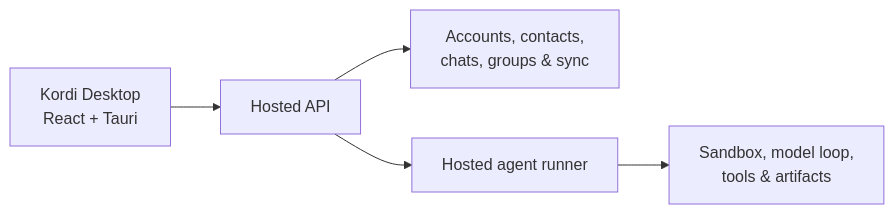
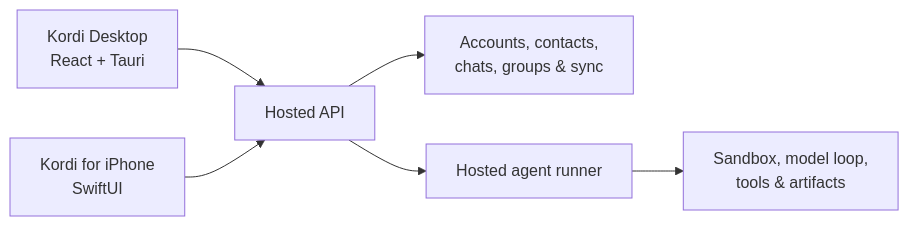
The diagram in README.md (Kordi-Lab/Kordi), drawn with Mermaid before and after one commit. The commit also changed other lines of this file and 79 other files, not shown here.

````diff
--- a/README.md
+++ b/README.md
@@ -90,7 +91,8 @@
 ```mermaid
 flowchart LR
     desktop["Kordi Desktop<br/>React + Tauri"] --> api["Hosted API"]
+    iphone["Kordi for iPhone<br/>SwiftUI"] --> api
     api --> social["Accounts, contacts,<br/>chats, groups & sync"]
     api --> runner["Hosted agent runner"]
     runner --> execution["Sandbox, model loop,<br/>tools & artifacts"]
 ```
````
